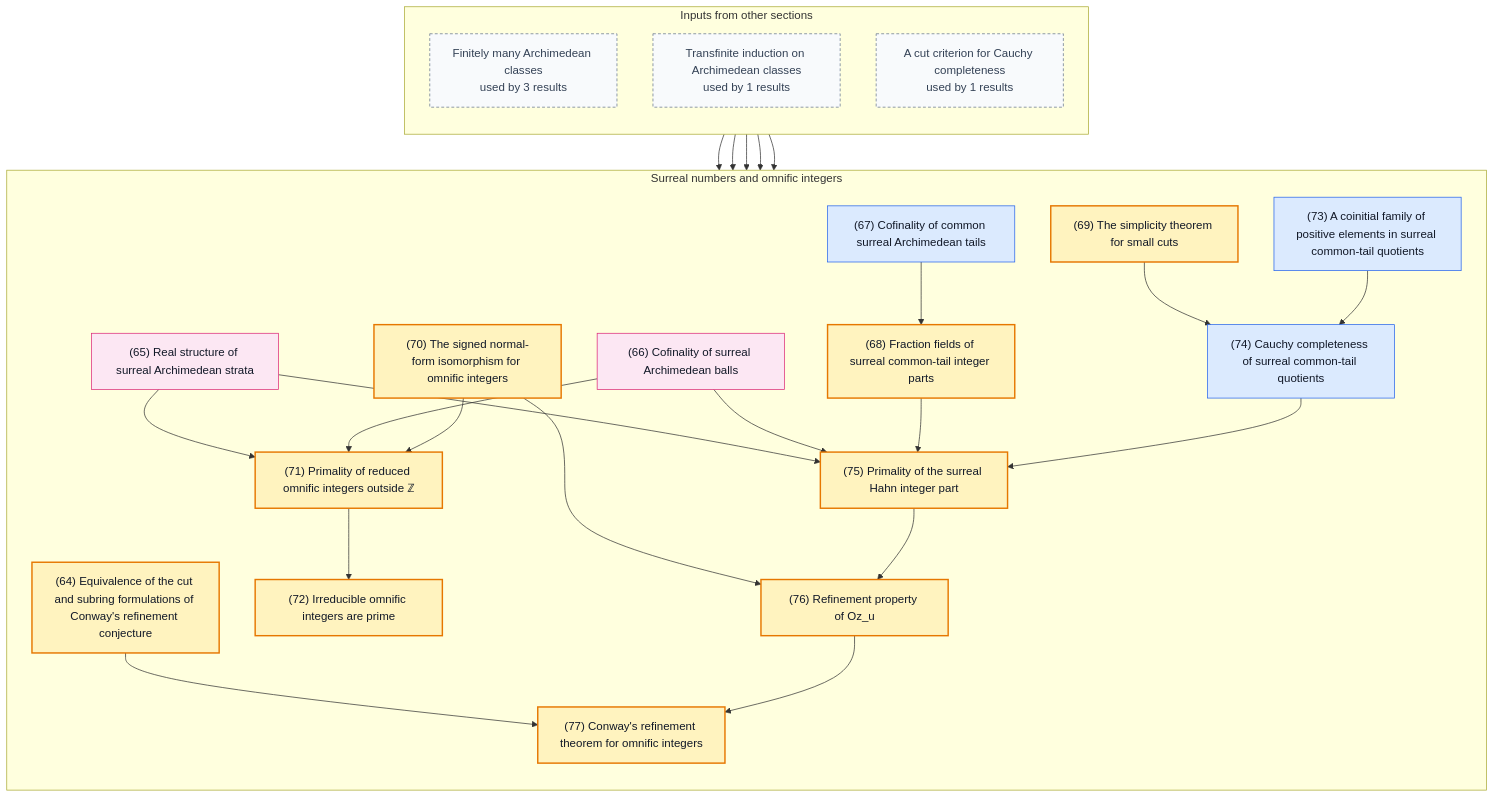
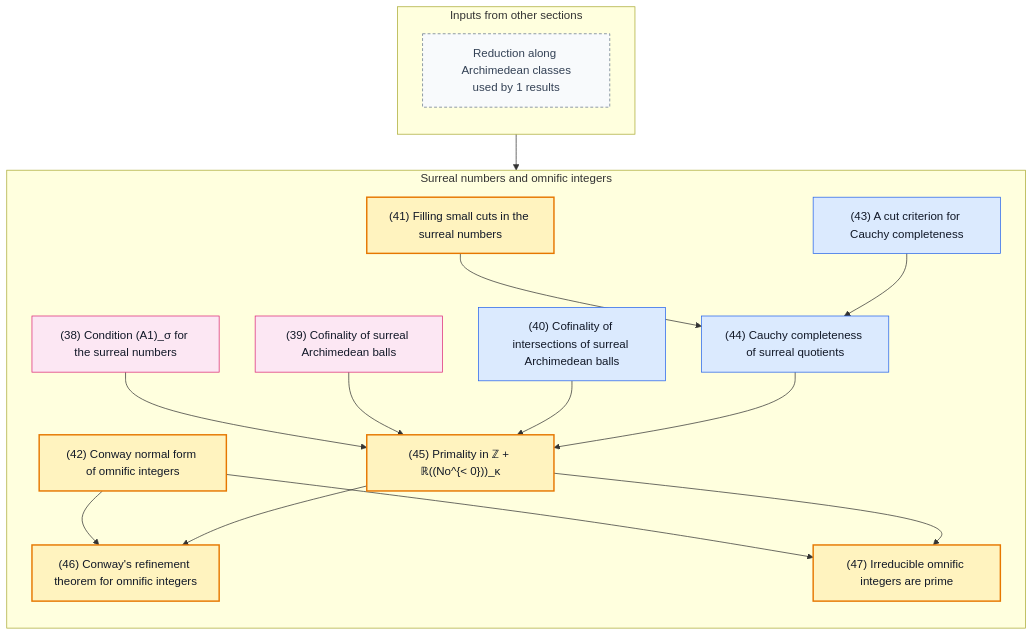
Before and after one commit to gaearon/conway-refinement: the sixth of 6 diagrams in README.md, drawn with Mermaid. The commit also changed other lines of this file and 27 other files, not shown here.

````diff
--- a/README.md
+++ b/README.md
@@ -617,72 +453,53 @@
 ```mermaid
 %% Generated by scripts/blueprint.sh; do not edit.
 %% Other sections are compressed to boundary nodes.
 %% Solid arrows are proof dependencies; dashed arrows are statement dependencies.
 flowchart TB
   subgraph inputs["Inputs from other sections"]
     direction TB
-    in0["Finitely many Archimedean classes<br/>used by 3 results"]:::boundary
-    in1["Transfinite induction on Archimedean classes<br/>used by 1 results"]:::boundary
-    in2["A cut criterion for Cauchy completeness<br/>used by 1 results"]:::boundary
+    in0["Reduction along Archimedean classes<br/>used by 1 results"]:::boundary
   end
   subgraph current["Surreal numbers and omnific integers"]
     direction TB
-    n064["(64) Equivalence of the cut and subring formulations of Conway's refinement conjecture"]:::theorem
-    n065["(65) Real structure of surreal Archimedean strata"]:::fact
-    n066["(66) Cofinality of surreal Archimedean balls"]:::fact
-    n067["(67) Cofinality of common surreal Archimedean tails"]:::lemma
-    n068["(68) Fraction fields of surreal common-tail integer parts"]:::theorem
-    n069["(69) The simplicity theorem for small cuts"]:::theorem
-    n070["(70) The signed normal-form isomorphism for omnific integers"]:::theorem
-    n071["(71) Primality of reduced omnific integers outside ℤ"]:::theorem
-    n072["(72) Irreducible omnific integers are prime"]:::theorem
-    n073["(73) A coinitial family of positive elements in surreal common-tail quotients"]:::lemma
-    n074["(74) Cauchy completeness of surreal common-tail quotients"]:::lemma
-    n075["(75) Primality of the surreal Hahn integer part"]:::theorem
-    n076["(76) Refinement property of Oz_u"]:::theorem
-    n077["(77) Conway's refinement theorem for omnific integers"]:::theorem
+    n038["(38) Condition (A1)_σ for the surreal numbers"]:::fact
+    n039["(39) Cofinality of surreal Archimedean balls"]:::fact
+    n040["(40) Cofinality of intersections of surreal Archimedean balls"]:::lemma
+    n041["(41) Filling small cuts in the surreal numbers"]:::theorem
+    n042["(42) Conway normal form of omnific integers"]:::theorem
+    n043["(43) A cut criterion for Cauchy completeness"]:::lemma
+    n044["(44) Cauchy completeness of surreal quotients"]:::lemma
+    n045["(45) Primality in ℤ + ℝ((No^{&lt; 0}))_κ"]:::theorem
+    n046["(46) Conway's refinement theorem for omnific integers"]:::theorem
+    n047["(47) Irreducible omnific integers are prime"]:::theorem
   end
 
-  n067 --> n068
-  n065 --> n071
-  n066 --> n071
-  n070 --> n071
-  n071 --> n072
-  n069 --> n074
-  n073 --> n074
-  n065 --> n075
-  n066 --> n075
-  n068 --> n075
-  n074 --> n075
-  n070 --> n076
-  n075 --> n076
-  n064 --> n077
-  n076 --> n077
-  in0 --> n068
-  in0 --> n071
-  in2 --> n074
-  in0 --> n075
-  in1 --> n075
-  click n064 "https://gaearon.github.io/conway-refinement/#/result/conway-cut-subring-equivalence" "Open the statement for theorem 64"
-  click n065 "https://gaearon.github.io/conway-refinement/#/result/surreal-archimedean-strata" "Open the statement for fact 65"
-  click n066 "https://gaearon.github.io/conway-refinement/#/result/surreal-archimedean-ball-cofinality" "Open the statement for fact 66"
-  click n067 "https://gaearon.github.io/conway-refinement/#/result/surreal-common-tail-cofinality" "Open the statement for lemma 67"
-  click n068 "https://gaearon.github.io/conway-refinement/#/result/surreal-common-tail-integer-part-fraction-field" "Open the statement for theorem 68"
-  click n069 "https://gaearon.github.io/conway-refinement/#/result/surreal-simplicity-small-cuts" "Open the statement for theorem 69"
-  click n070 "https://gaearon.github.io/conway-refinement/#/result/signed-normal-form-omnific-integer-equivalence" "Open the statement for theorem 70"
-  click n071 "https://gaearon.github.io/conway-refinement/#/result/reduced-omnific-primal" "Open the statement for theorem 71"
-  click n072 "https://gaearon.github.io/conway-refinement/#/result/omnific-factorisation" "Open the statement for theorem 72"
-  click n073 "https://gaearon.github.io/conway-refinement/#/result/surreal-common-tail-quotient-coinitial-scales" "Open the statement for lemma 73"
-  click n074 "https://gaearon.github.io/conway-refinement/#/result/surreal-common-tail-quotient-complete" "Open the statement for lemma 74"
-  click n075 "https://gaearon.github.io/conway-refinement/#/result/surreal-hahn-integer-part-primality" "Open the statement for theorem 75"
-  click n076 "https://gaearon.github.io/conway-refinement/#/result/omnific-integer-refinement-property" "Open the statement for theorem 76"
-  click n077 "https://gaearon.github.io/conway-refinement/#/result/conway-refinement" "Open the statement for theorem 77"
+  n041 --> n044
+  n043 --> n044
+  n038 --> n045
+  n039 --> n045
+  n040 --> n045
+  n044 --> n045
+  n042 --> n046
+  n045 --> n046
+  n042 --> n047
+  n045 --> n047
+  in0 --> n045
+  click n038 "https://gaearon.github.io/conway-refinement/#/result/surreal-archimedean-strata" "Open the statement for fact 38"
+  click n039 "https://gaearon.github.io/conway-refinement/#/result/surreal-archimedean-ball-cofinality" "Open the statement for fact 39"
+  click n040 "https://gaearon.github.io/conway-refinement/#/result/surreal-common-tail-cofinality" "Open the statement for lemma 40"
+  click n041 "https://gaearon.github.io/conway-refinement/#/result/surreal-simplicity-small-cuts" "Open the statement for theorem 41"
+  click n042 "https://gaearon.github.io/conway-refinement/#/result/signed-normal-form-omnific-integer-equivalence" "Open the statement for theorem 42"
+  click n043 "https://gaearon.github.io/conway-refinement/#/result/complete-of-coinitial-scales-and-cut-filling" "Open the statement for lemma 43"
+  click n044 "https://gaearon.github.io/conway-refinement/#/result/surreal-common-tail-quotient-complete" "Open the statement for lemma 44"
+  click n045 "https://gaearon.github.io/conway-refinement/#/result/surreal-hahn-integer-part-primality" "Open the statement for theorem 45"
+  click n046 "https://gaearon.github.io/conway-refinement/#/result/conway-refinement" "Open the statement for theorem 46"
+  click n047 "https://gaearon.github.io/conway-refinement/#/result/omnific-factorisation" "Open the statement for theorem 47"
 
   classDef theorem fill:#fff3bf,stroke:#e67700,stroke-width:2px,color:#111827
   classDef definition fill:#f3f4f6,stroke:#4b5563,color:#111827
   classDef lemma fill:#dbeafe,stroke:#2563eb,color:#111827
   classDef proposition fill:#ede9fe,stroke:#7c3aed,color:#111827
   classDef corollary fill:#dcfce7,stroke:#16a34a,color:#111827
   classDef fact fill:#fce7f3,stroke:#db2777,color:#111827
   classDef boundary fill:#f8fafc,stroke:#64748b,stroke-dasharray:4 3,color:#334155
 ```
````
